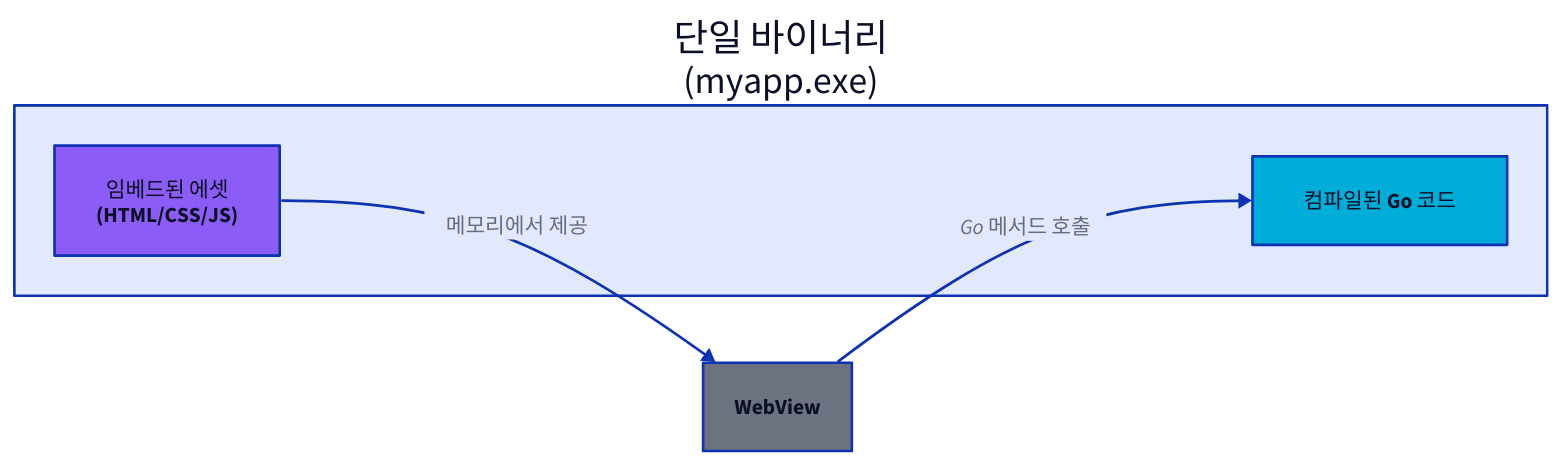
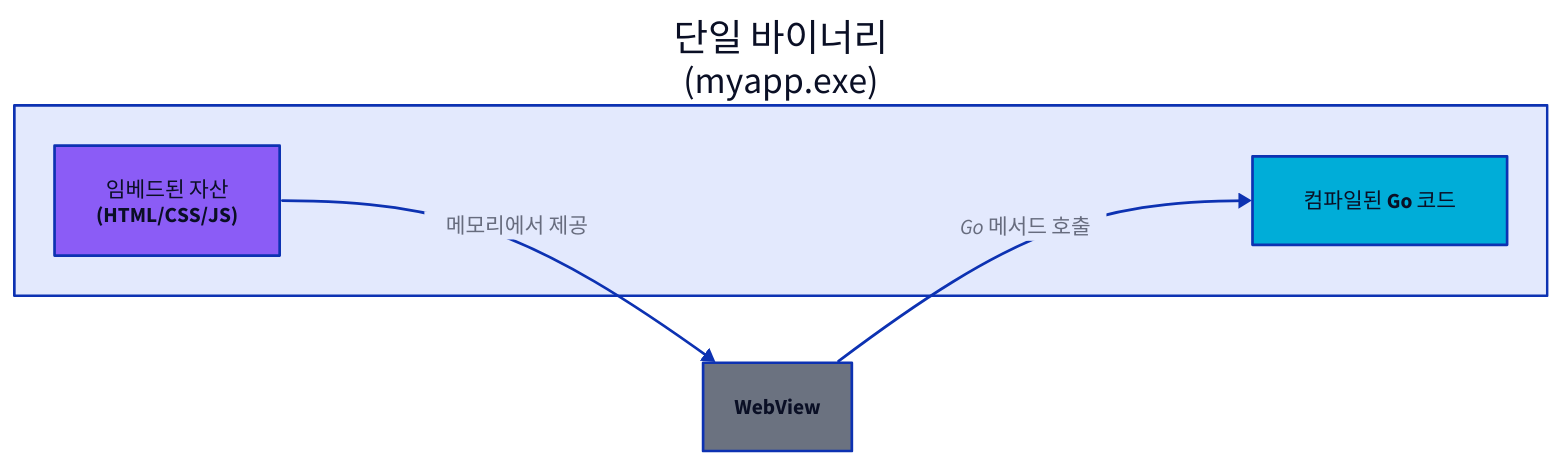
Before and after one commit to wailsapp/wails: the seventh of 8 diagrams in docs/mpress/content/ko/concepts/architecture.md, drawn with D2. The commit also changed other lines of this file and 1096 other files, not shown here.

````diff
--- a/docs/mpress/content/ko/concepts/architecture.md
+++ b/docs/mpress/content/ko/concepts/architecture.md
@@ -489,23 +489,23 @@
 ```d2
 direction: right
 
 Binary: "단일 바이너리\n(myapp.exe)" {
   GoCode: 컴파일된 Go 코드 {
     shape: rectangle
     style.fill: "#00ADD8"
   }
 
-  Assets: "임베드된 에셋\n(HTML/CSS/JS)" {
+  Assets: "임베드된 자산\n(HTML/CSS/JS)" {
     shape: rectangle
     style.fill: "#8B5CF6"
   }
 }
 
 WebView: WebView {
   shape: rectangle
   style.fill: "#6B7280"
 }
 
 Binary.Assets -> WebView: 메모리에서 제공
 WebView -> Binary.GoCode: Go 메서드 호출
 ```
````
